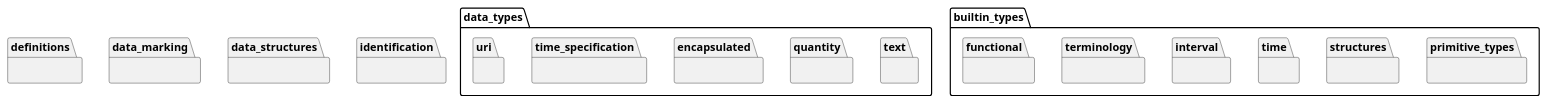
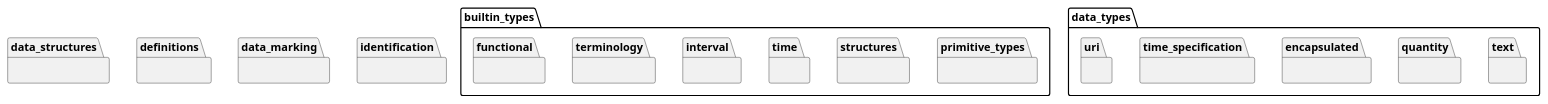
Before and after one commit to wolandscat/openehr-doc: the diagram in modules/ROOT/examples/bmm/representation/representation-package-uml.adoc, drawn with PlantUML. The commit also changed other lines of this file and 293 other files, not shown here.

Commit message:
Regen with tweaks to UML output and correct metatypes for nested generics.

```diff
--- a/modules/ROOT/examples/bmm/representation/representation-package-uml.adoc
+++ b/modules/ROOT/examples/bmm/representation/representation-package-uml.adoc
@@ -3,52 +3,52 @@
 [plantuml,opts=interactive,link=self]
 ....
 skinparam groupInheritance 2
 skinparam citedClassColor #FDFDFD
 
-
-package data_types.text {
-}
-
-package data_types.quantity {
-}
-
-package data_types.encapsulated {
-}
-
-package data_types.time_specification {
-}
-
-package data_types.uri {
-}
-
-package definitions {
-}
-
-package data_marking {
-}
-
-package data_structures {
-}
 
 package builtin_types.primitive_types {
 }
 
 package builtin_types.structures {
 }
 
 package builtin_types.time {
 }
 
 package builtin_types.interval {
 }
 
 package builtin_types.terminology {
 }
 
 package builtin_types.functional {
 }
 
+package data_types.text {
+}
+
+package data_types.quantity {
+}
+
+package data_types.encapsulated {
+}
+
+package data_types.time_specification {
+}
+
+package data_types.uri {
+}
+
+package data_structures {
+}
+
+package definitions {
+}
+
+package data_marking {
+}
+
 package identification {
 }
 
 ....
```
